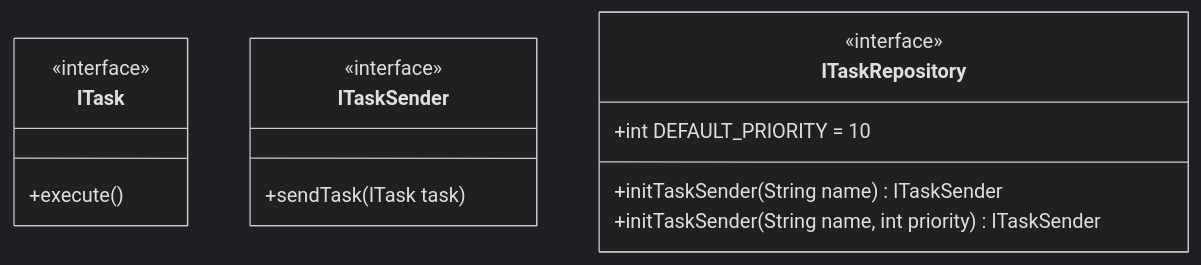
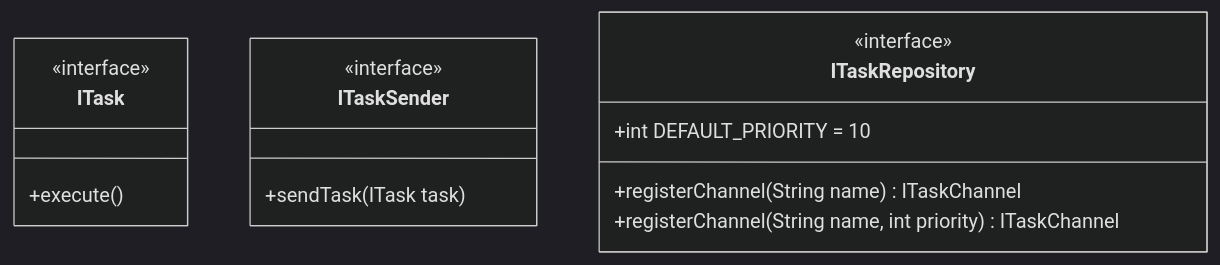
One commit to Inactionware/uapi.doc changed the first of 5 diagrams in design/r2/dd/Unified Thread Management.md. Above: the diagram before and after it, drawn with Mermaid (dark theme). The commit also changed other lines of this file and 6 other files, not shown here.

````diff
--- a/design/r2/dd/Unified Thread Management.md
+++ b/design/r2/dd/Unified Thread Management.md
@@ -17,20 +21,20 @@
 ```mermaid
 classDiagram
 
 class ITask {
 	<<interface>>
 	+execute()
 }
 
 class ITaskSender {
 	<<interface>>
 	+sendTask(ITask task)
 }
 
 class ITaskRepository {
 	<<interface>>
 	+int DEFAULT_PRIORITY = 10
-	+initTaskSender(String name) ITaskSender
-	+initTaskSender(String name, int priority) ITaskSender
+	+registerChannel(String name) ITaskChannel
+	+registerChannel(String name, int priority) ITaskChannel
 }
 ```
````
